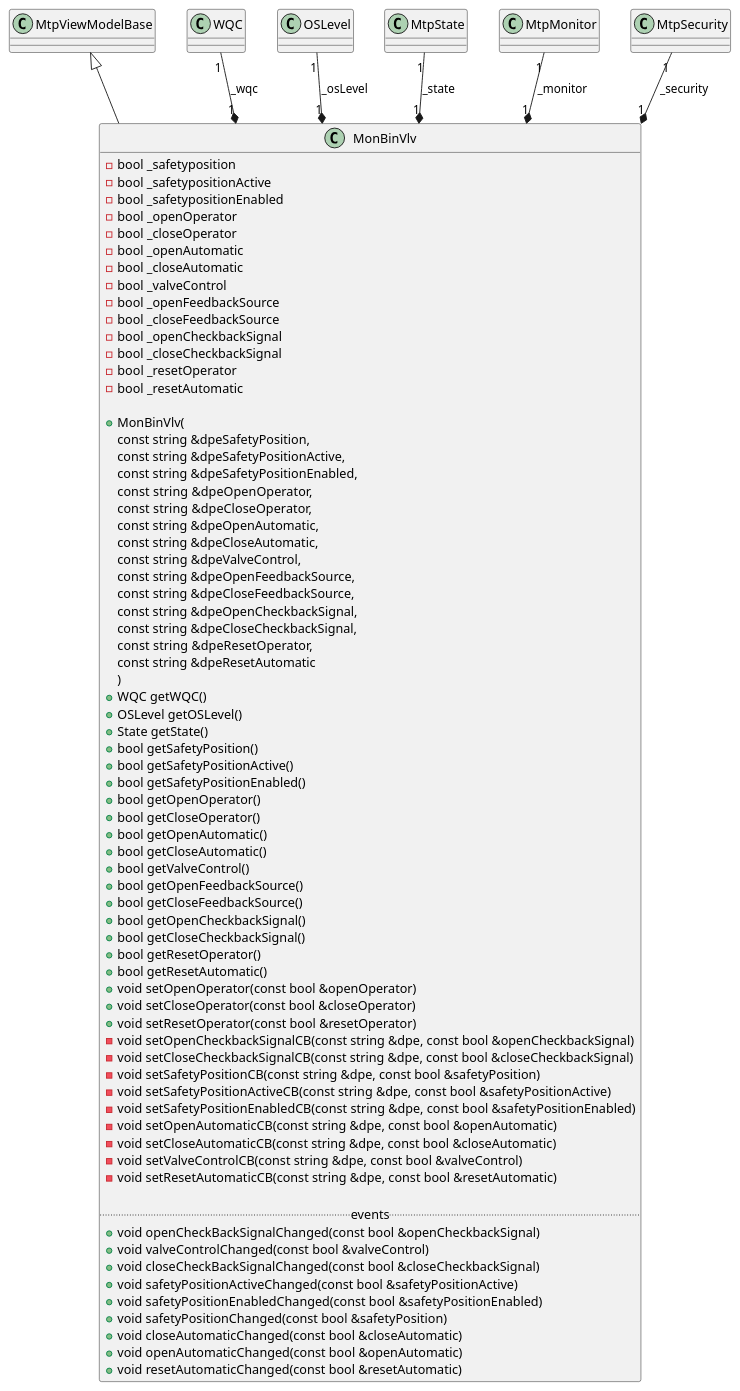
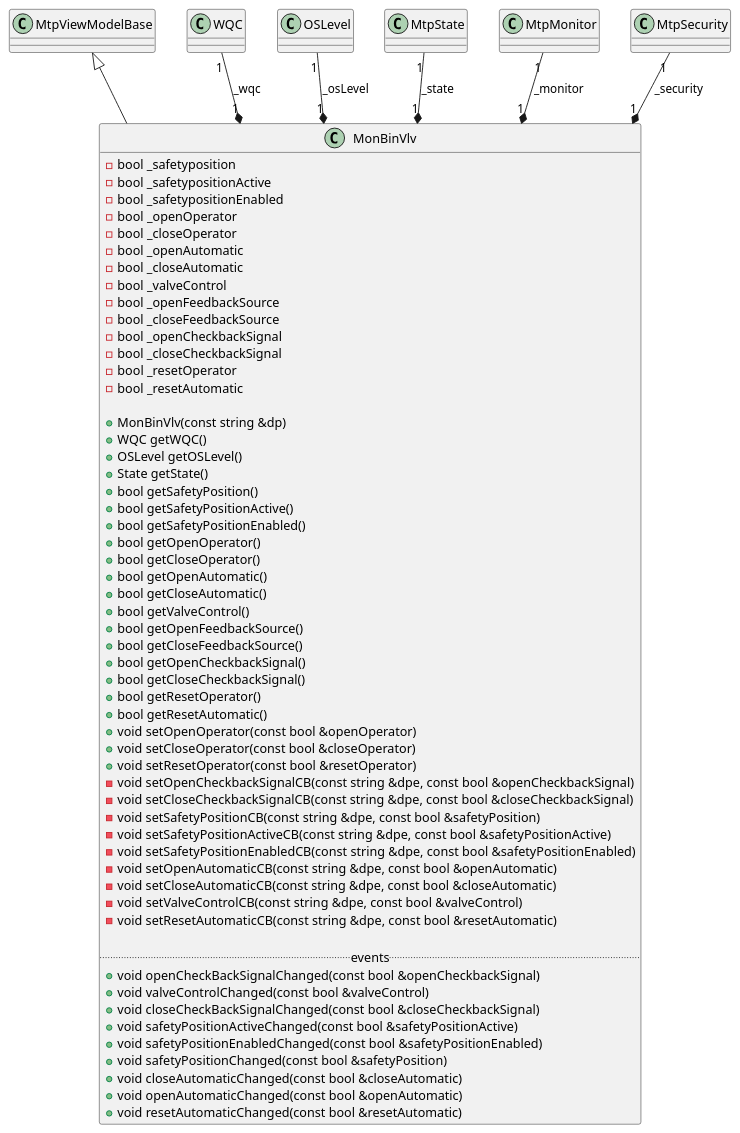
One commit to winccoa/winccoa-ae-ctrl-mtpimporter changed the diagram in source/Module/MonBinVlv.puml. Above: the diagram before and after it, drawn with PlantUML. The commit also changed 7 other files, not shown here.

Commit message:
fix: constructors of class diagrams correct again

```diff
--- a/source/Module/MonBinVlv.puml
+++ b/source/Module/MonBinVlv.puml
@@ -1,96 +1,81 @@
 @startuml MonBinVlv
 
 class MonBinVlv
 {
     - bool _safetyposition
     - bool _safetypositionActive
     - bool _safetypositionEnabled
     - bool _openOperator
     - bool _closeOperator
     - bool _openAutomatic
     - bool _closeAutomatic
     - bool _valveControl
     - bool _openFeedbackSource
     - bool _closeFeedbackSource
     - bool _openCheckbackSignal
     - bool _closeCheckbackSignal
     - bool _resetOperator
     - bool _resetAutomatic
     
-    + MonBinVlv(
-        const string &dpeSafetyPosition,
-        const string &dpeSafetyPositionActive,
-        const string &dpeSafetyPositionEnabled,
-        const string &dpeOpenOperator,
-        const string &dpeCloseOperator,
-        const string &dpeOpenAutomatic,
-        const string &dpeCloseAutomatic,
-        const string &dpeValveControl,
-        const string &dpeOpenFeedbackSource,
-        const string &dpeCloseFeedbackSource,
-        const string &dpeOpenCheckbackSignal,
-        const string &dpeCloseCheckbackSignal,
-        const string &dpeResetOperator,
-        const string &dpeResetAutomatic
-    )
+    + MonBinVlv(const string &dp)
     + WQC getWQC()
     + OSLevel getOSLevel()
     + State getState()
     + bool getSafetyPosition()
     + bool getSafetyPositionActive()
     + bool getSafetyPositionEnabled()
     + bool getOpenOperator()
     + bool getCloseOperator()
     + bool getOpenAutomatic()
     + bool getCloseAutomatic()
     + bool getValveControl()
     + bool getOpenFeedbackSource()
     + bool getCloseFeedbackSource()
     + bool getOpenCheckbackSignal()
     + bool getCloseCheckbackSignal()
     + bool getResetOperator()
     + bool getResetAutomatic()
     + void setOpenOperator(const bool &openOperator)
     + void setCloseOperator(const bool &closeOperator)
     + void setResetOperator(const bool &resetOperator)
     ' DPE: OpenFbk
     - void setOpenCheckbackSignalCB(const string &dpe, const bool &openCheckbackSignal)
     ' DPE: CloseFbk
     - void setCloseCheckbackSignalCB(const string &dpe, const bool &closeCheckbackSignal)
     ' DPE: SafePos
     - void setSafetyPositionCB(const string &dpe, const bool &safetyPosition)
     ' DPE: SafePosAct
     - void setSafetyPositionActiveCB(const string &dpe, const bool &safetyPositionActive)
     ' DPE: SafePosEn
     - void setSafetyPositionEnabledCB(const string &dpe, const bool &safetyPositionEnabled)
     ' DPE: OpenAut
     - void setOpenAutomaticCB(const string &dpe, const bool &openAutomatic)
     ' DPE: CloseAut
     - void setCloseAutomaticCB(const string &dpe, const bool &closeAutomatic)
     ' DPE: Ctrl
     - void setValveControlCB(const string &dpe, const bool &valveControl)
     ' DPE: ResetAut
     - void setResetAutomaticCB(const string &dpe, const bool &resetAutomatic)
 
     ..events..
     + void openCheckBackSignalChanged(const bool &openCheckbackSignal)
     + void valveControlChanged(const bool &valveControl)
     + void closeCheckBackSignalChanged(const bool &closeCheckbackSignal)
     + void safetyPositionActiveChanged(const bool &safetyPositionActive)
     + void safetyPositionEnabledChanged(const bool &safetyPositionEnabled)
     + void safetyPositionChanged(const bool &safetyPosition)
     + void closeAutomaticChanged(const bool &closeAutomatic)
     + void openAutomaticChanged(const bool &openAutomatic)
     + void resetAutomaticChanged(const bool &resetAutomatic)
 }
 
 MtpViewModelBase <|-- MonBinVlv
 WQC "1" --* "1" MonBinVlv : _wqc
 OSLevel "1" --* "1" MonBinVlv : _osLevel
 ' DPE: StateChannel, StateOffAut, StateOpAut, StateAutAut, StateOffOp, StateOpOp, StateAutOp, StateOpAct, StateAutAct, StateOffAct
 MtpState "1" --* "1" MonBinVlv : _state
 'DPE: MonEn, MonSafePos, MonStatErr, MonDynErr, MonStatTi, MonDynTi
 MtpMonitor "1" --* "1" MonBinVlv : _monitor
 'DPE: PermEn, Permit, IntEn, Interlock, ProtEn, Protect
 MtpSecurity "1" --* "1" MonBinVlv : _security
 @enduml
```
